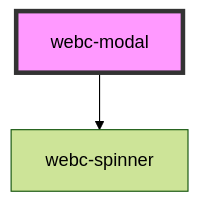
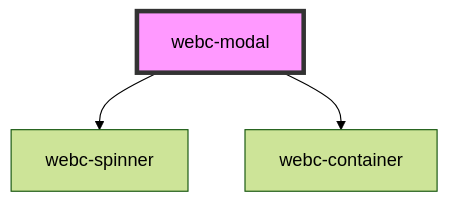
The diagram in docs/readme/components/webc-modal/readme.md (webcardinal/webcardinal-core), drawn with Mermaid (forest theme) before and after one commit. The commit also changed other lines of this file and 7 other files, not shown here.

````diff
--- a/docs/readme/components/webc-modal/readme.md
+++ b/docs/readme/components/webc-modal/readme.md
@@ -76,5 +122,6 @@
 ```mermaid
 graph TD;
   webc-modal --> webc-spinner
+  webc-modal --> webc-container
   style webc-modal fill:#f9f,stroke:#333,stroke-width:4px
 ```
````
